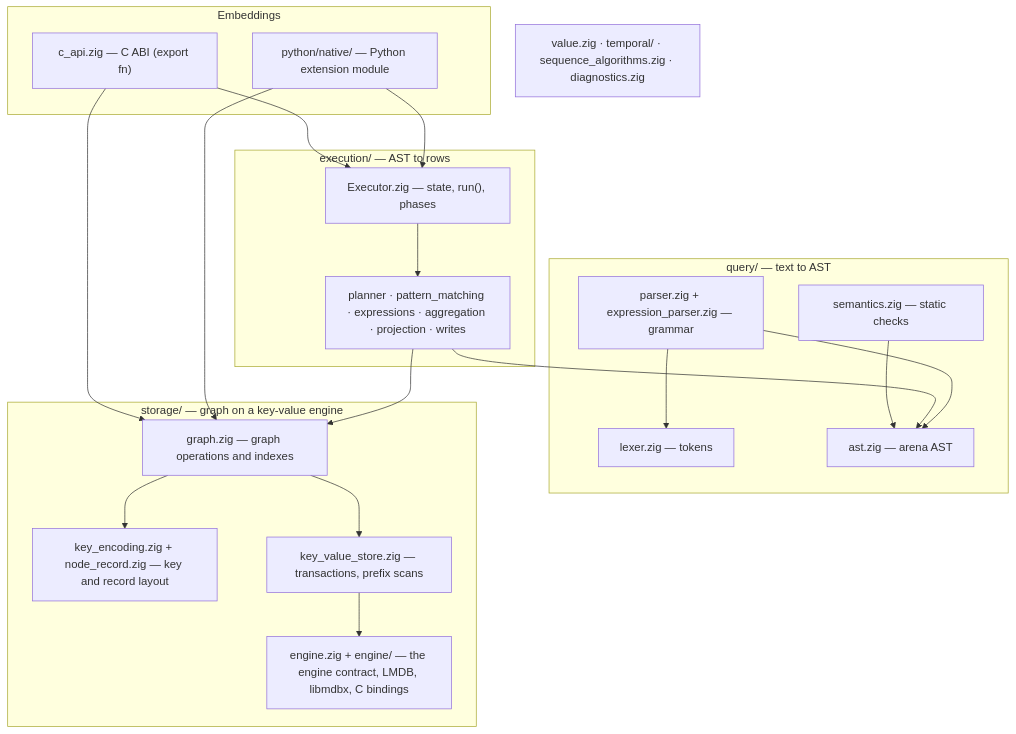
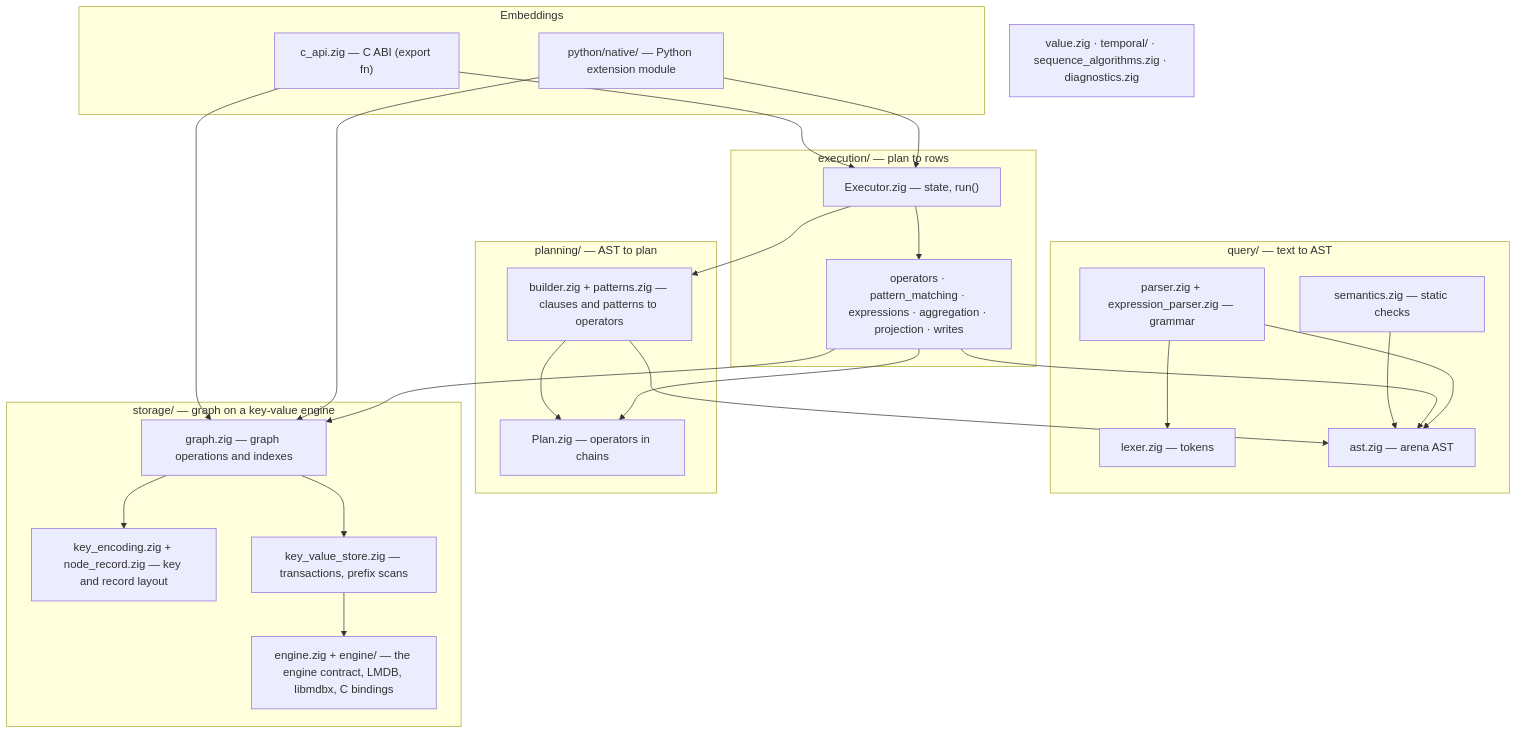
Before and after one commit to acasadom/zypherdb: the first of 2 diagrams in docs/guide/architecture.md, drawn with Mermaid. The commit also changed other lines of this file and 19 other files, not shown here.

First line of the commit message:
feat: plan queries once into chains of operators

````diff
--- a/docs/guide/architecture.md
+++ b/docs/guide/architecture.md
@@ -45,38 +45,46 @@
 ```{mermaid}
 flowchart TB
   subgraph embed["Embeddings"]
     CAPI["c_api.zig — C ABI (export fn)"]
     PyNative["python/native/ — Python extension module"]
   end
   subgraph query["query/ — text to AST"]
     Lexer["lexer.zig — tokens"]
     Parser["parser.zig + expression_parser.zig — grammar"]
     AST["ast.zig — arena AST"]
     Semantics["semantics.zig — static checks"]
   end
-  subgraph execution["execution/ — AST to rows"]
-    Executor["Executor.zig — state, run(), phases"]
-    Steps["planner · pattern_matching · expressions · aggregation · projection · writes"]
+  subgraph planning["planning/ — AST to plan"]
+    Builder["builder.zig + patterns.zig — clauses and patterns to operators"]
+    PlanIR["Plan.zig — operators in chains"]
+  end
+  subgraph execution["execution/ — plan to rows"]
+    Executor["Executor.zig — state, run()"]
+    Steps["operators · pattern_matching · expressions · aggregation · projection · writes"]
   end
   subgraph storage["storage/ — graph on a key-value engine"]
     Graph["graph.zig — graph operations and indexes"]
     Keys["key_encoding.zig + node_record.zig — key and record layout"]
     KV["key_value_store.zig — transactions, prefix scans"]
     Engine["engine.zig + engine/ — the engine contract, LMDB, libmdbx, C bindings"]
   end
   Shared["value.zig · temporal/ · sequence_algorithms.zig · diagnostics.zig"]
 
   CAPI --> Executor
   CAPI --> Graph
   PyNative --> Executor
   PyNative --> Graph
   Semantics --> AST
+  Executor --> Builder
+  Builder --> PlanIR
+  Builder --> AST
   Executor --> Steps
+  Steps --> PlanIR
   Steps --> AST
   Steps --> Graph
   Parser --> Lexer
   Parser --> AST
   Graph --> Keys
   Graph --> KV
   KV --> Engine
 ```
````
